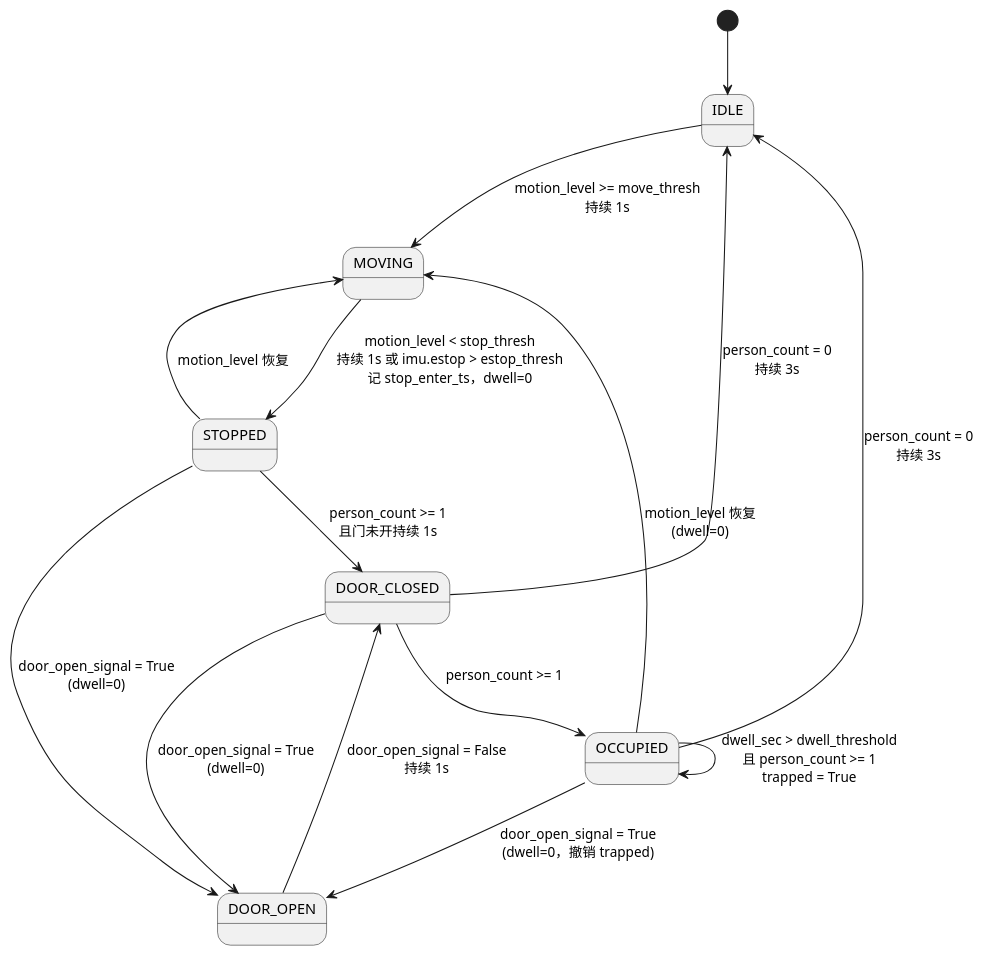
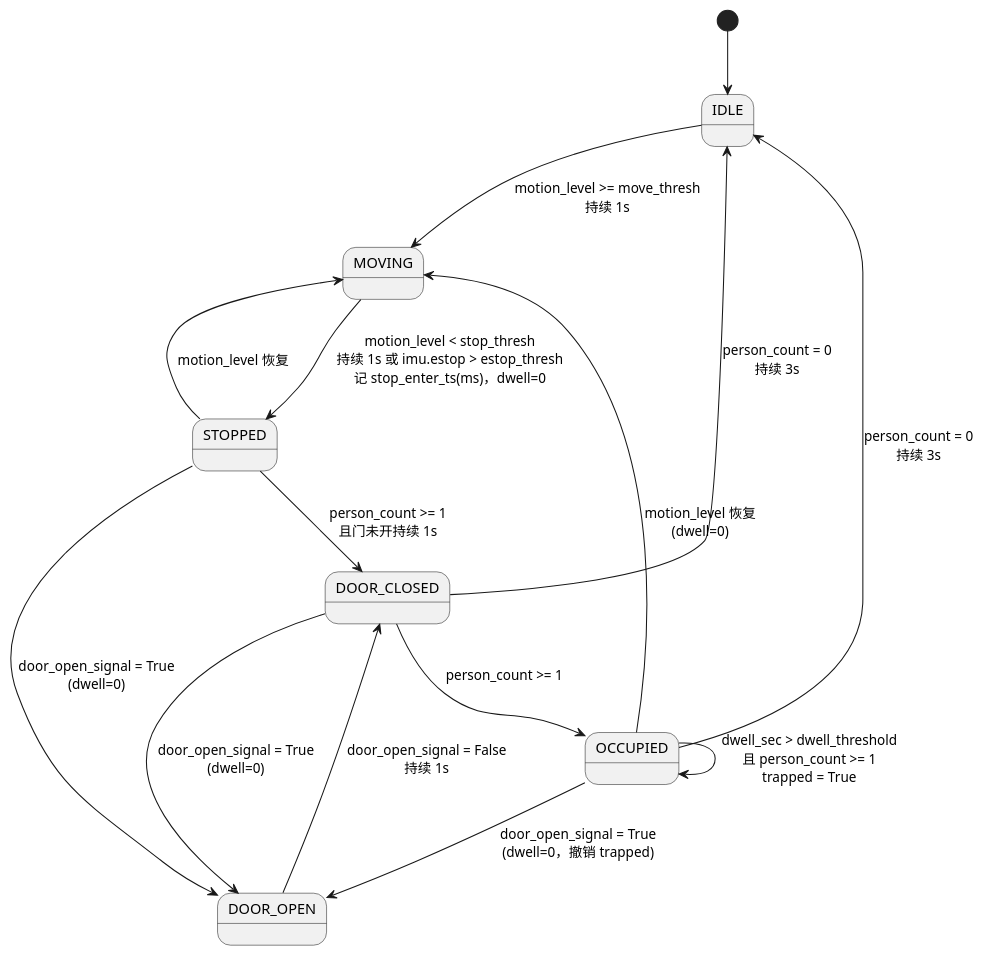
One commit to hjy20/Elevator-Trapped-Alert changed the second of 3 diagrams in docs/spec/requirement.md. Above: the diagram before and after it, drawn with PlantUML. The commit also changed other lines of this file and 2 other files, not shown here.

````diff
--- a/docs/spec/requirement.md
+++ b/docs/spec/requirement.md
@@ -482,18 +491,18 @@
 ```plantuml
 @startuml
 [*] --> IDLE
 IDLE --> MOVING : motion_level >= move_thresh\n持续 1s
-MOVING --> STOPPED : motion_level < stop_thresh\n持续 1s 或 imu.estop > estop_thresh\n记 stop_enter_ts，dwell=0
+MOVING --> STOPPED : motion_level < stop_thresh\n持续 1s 或 imu.estop > estop_thresh\n记 stop_enter_ts(ms)，dwell=0
 STOPPED --> DOOR_OPEN : door_open_signal = True\n(dwell=0)
 STOPPED --> DOOR_CLOSED : person_count >= 1\n且门未开持续 1s
 STOPPED --> MOVING : motion_level 恢复
 DOOR_OPEN --> DOOR_CLOSED : door_open_signal = False\n持续 1s
 DOOR_CLOSED --> DOOR_OPEN : door_open_signal = True\n(dwell=0)
 DOOR_CLOSED --> OCCUPIED : person_count >= 1
 DOOR_CLOSED --> IDLE : person_count = 0\n持续 3s
 OCCUPIED --> DOOR_OPEN : door_open_signal = True\n(dwell=0，撤销 trapped)
 OCCUPIED --> IDLE : person_count = 0\n持续 3s
 OCCUPIED --> MOVING : motion_level 恢复\n(dwell=0)
 OCCUPIED --> OCCUPIED : dwell_sec > dwell_threshold\n且 person_count >= 1\ntrapped = True
 @enduml
 ```
````
